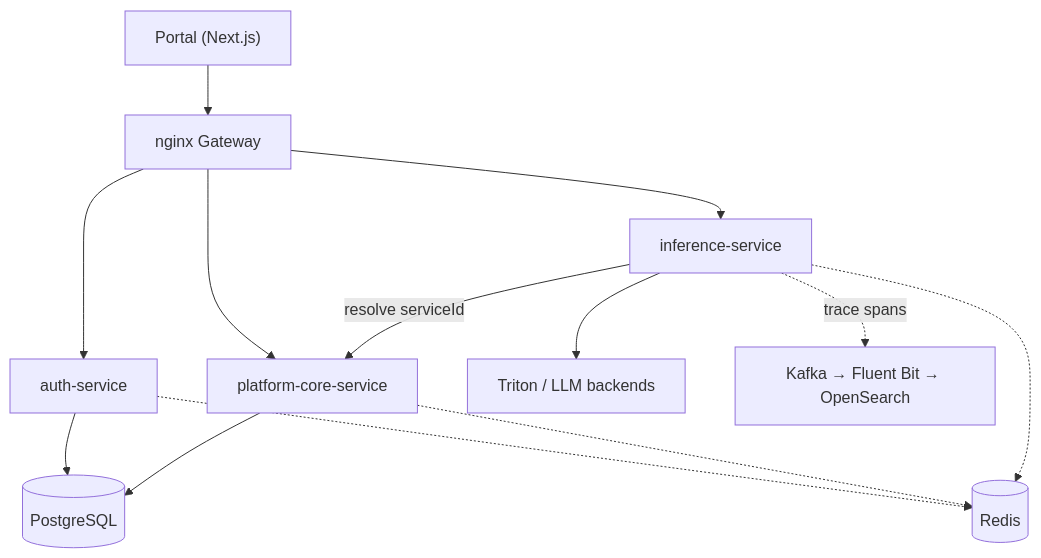
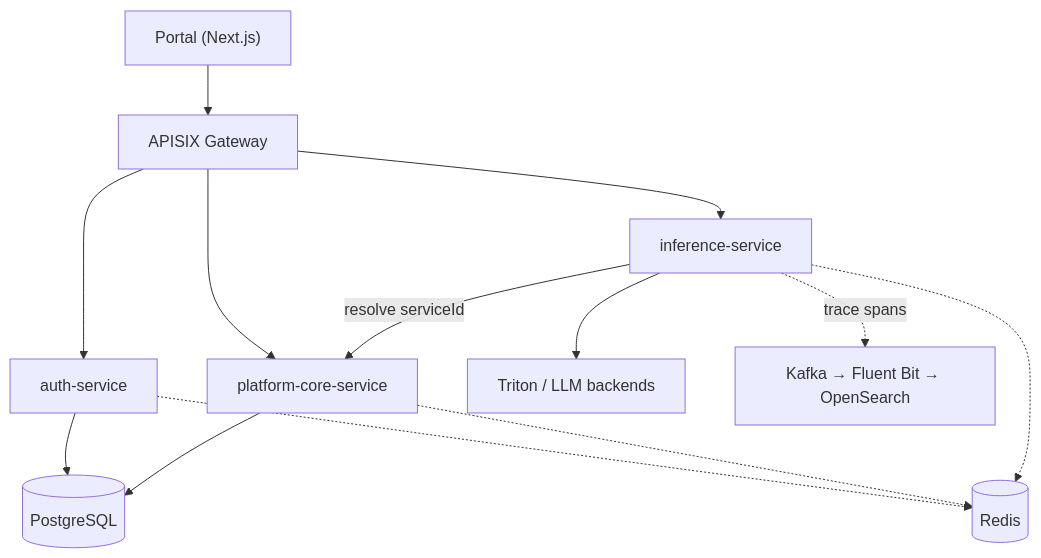
Before and after one commit to COSS-India/ai4i-core: the first of 2 diagrams in docs/architecture/00-overview.md, drawn with Mermaid. The commit also changed other lines of this file and 12 other files, not shown here.

````diff
--- a/docs/architecture/00-overview.md
+++ b/docs/architecture/00-overview.md
@@ -20,19 +20,19 @@
 ```mermaid
 flowchart TB
-    Portal["Portal (Next.js)"] --> GW["nginx Gateway"]
+    Portal["Portal (Next.js)"] --> GW["APISIX Gateway"]
 
     GW --> AUTH["auth-service"]
     GW --> CORE["platform-core-service"]
     GW --> INF["inference-service"]
 
     AUTH --> PG[("PostgreSQL")]
     CORE --> PG
     AUTH -.-> REDIS[("Redis")]
     CORE -.-> REDIS
     INF -.-> REDIS
 
     INF -- "resolve serviceId" --> CORE
     INF --> BK["Triton / LLM backends"]
 
     INF -. "trace spans" .-> OBS["Kafka → Fluent Bit → OpenSearch"]
 ```
````
